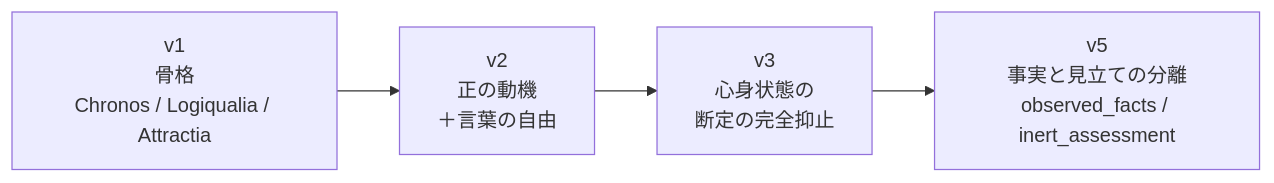
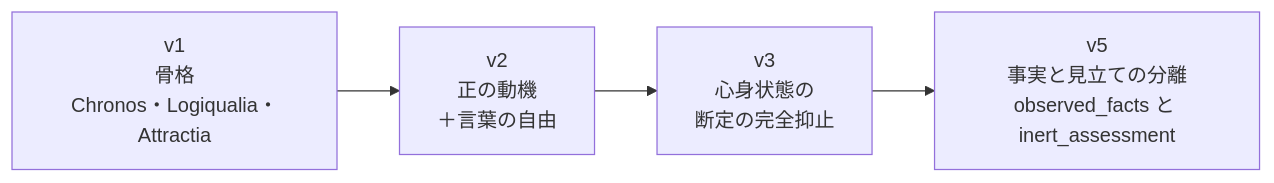
The third of 6 diagrams in README.md (projectLEAN727/Inert), drawn with Mermaid before and after one commit. The commit also changed other lines of this file, not shown here.

Commit message:
Fix README badge rendering, Mermaid syntax, and markdown formatting

````diff
--- a/README.md
+++ b/README.md
@@ -185,6 +182,6 @@
 ```mermaid
 flowchart LR
-    V1["v1<br/>骨格<br/>Chronos / Logiqualia / Attractia"] --> V2["v2<br/>正の動機<br/>＋言葉の自由"]
-    V2 --> V3["v3<br/>心身状態の<br/>断定の完全抑止"]
-    V3 --> V5["v5<br/>事実と見立ての分離<br/>observed_facts / inert_assessment"]
+    V1["v1<br>骨格<br>Chronos・Logiqualia・Attractia"] --> V2["v2<br>正の動機<br>＋言葉の自由"]
+    V2 --> V3["v3<br>心身状態の<br>断定の完全抑止"]
+    V3 --> V5["v5<br>事実と見立ての分離<br>observed_facts と inert_assessment"]
 ```
````
